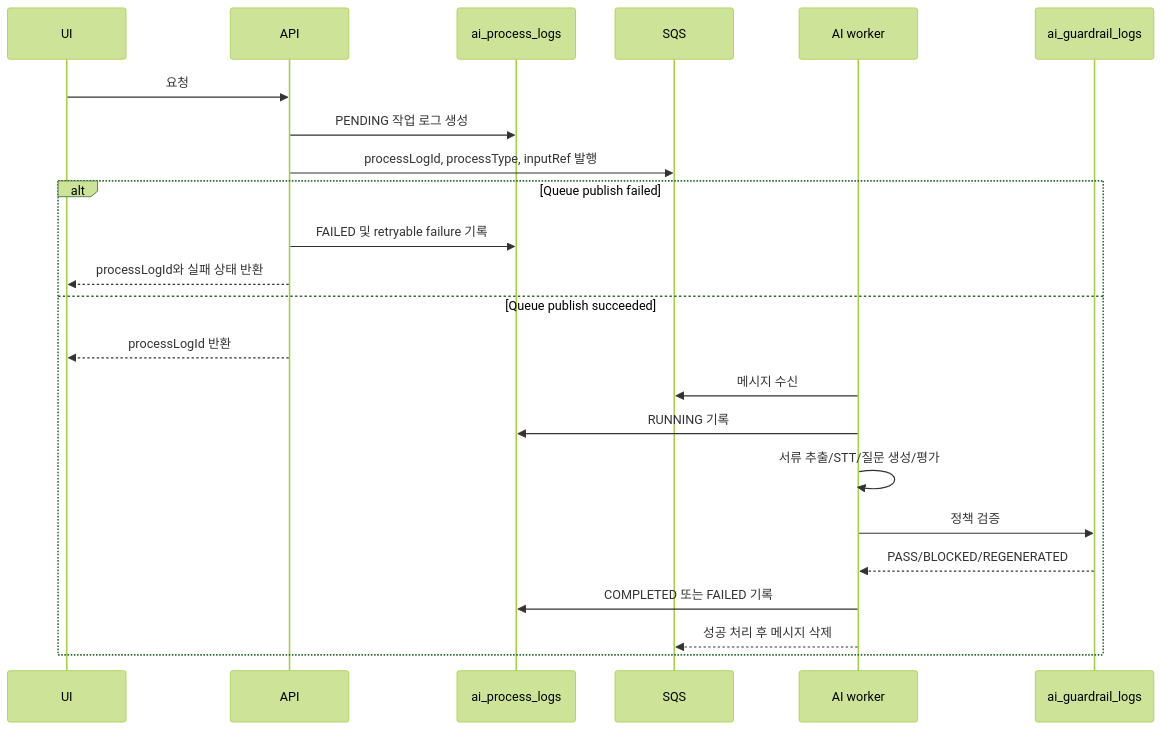
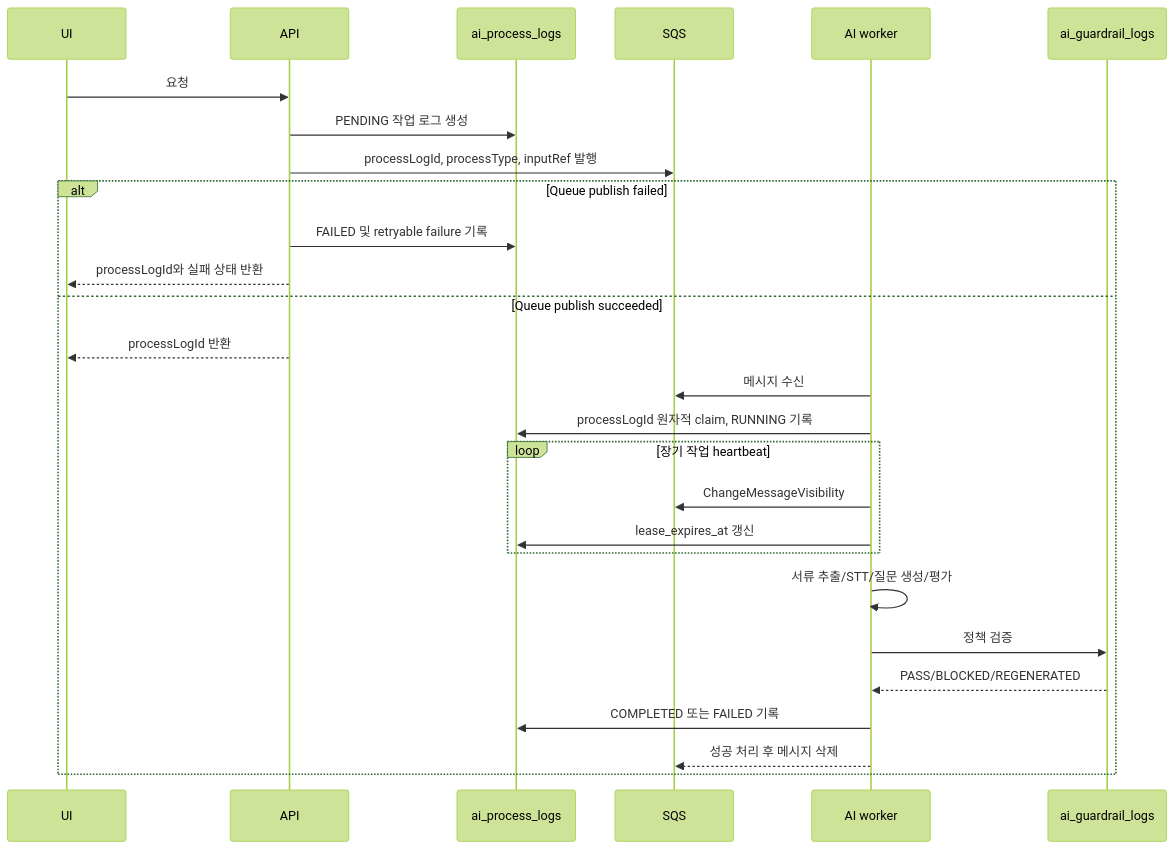
The first of 2 diagrams in docs/02_architecture/async-ai-pipeline.md (IMGyuGo/init), drawn with Mermaid (forest theme) before and after one commit. The commit also changed other lines of this file and 20 other files, not shown here.

````diff
--- a/docs/02_architecture/async-ai-pipeline.md
+++ b/docs/02_architecture/async-ai-pipeline.md
@@ -20,25 +20,29 @@
 ```mermaid
 sequenceDiagram
   participant UI
   participant API
   participant Log as ai_process_logs
   participant Queue as SQS
   participant Worker as AI worker
   participant Guard as ai_guardrail_logs
   UI->>API: 요청
   API->>Log: PENDING 작업 로그 생성
   API->>Queue: processLogId, processType, inputRef 발행
   alt Queue publish failed
     API->>Log: FAILED 및 retryable failure 기록
     API-->>UI: processLogId와 실패 상태 반환
   else Queue publish succeeded
   API-->>UI: processLogId 반환
   Worker->>Queue: 메시지 수신
-  Worker->>Log: RUNNING 기록
+  Worker->>Log: processLogId 원자적 claim, RUNNING 기록
+  loop 장기 작업 heartbeat
+    Worker->>Queue: ChangeMessageVisibility
+    Worker->>Log: lease_expires_at 갱신
+  end
   Worker->>Worker: 서류 추출/STT/질문 생성/평가
   Worker->>Guard: 정책 검증
   Guard-->>Worker: PASS/BLOCKED/REGENERATED
   Worker->>Log: COMPLETED 또는 FAILED 기록
   Worker-->>Queue: 성공 처리 후 메시지 삭제
   end
 ```
````
